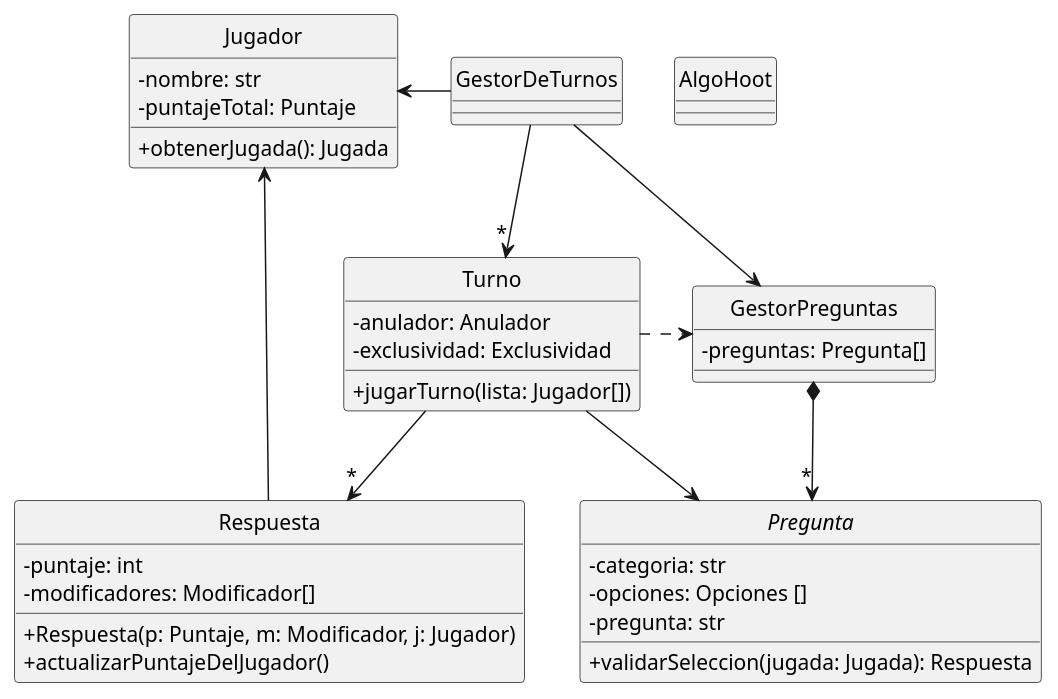
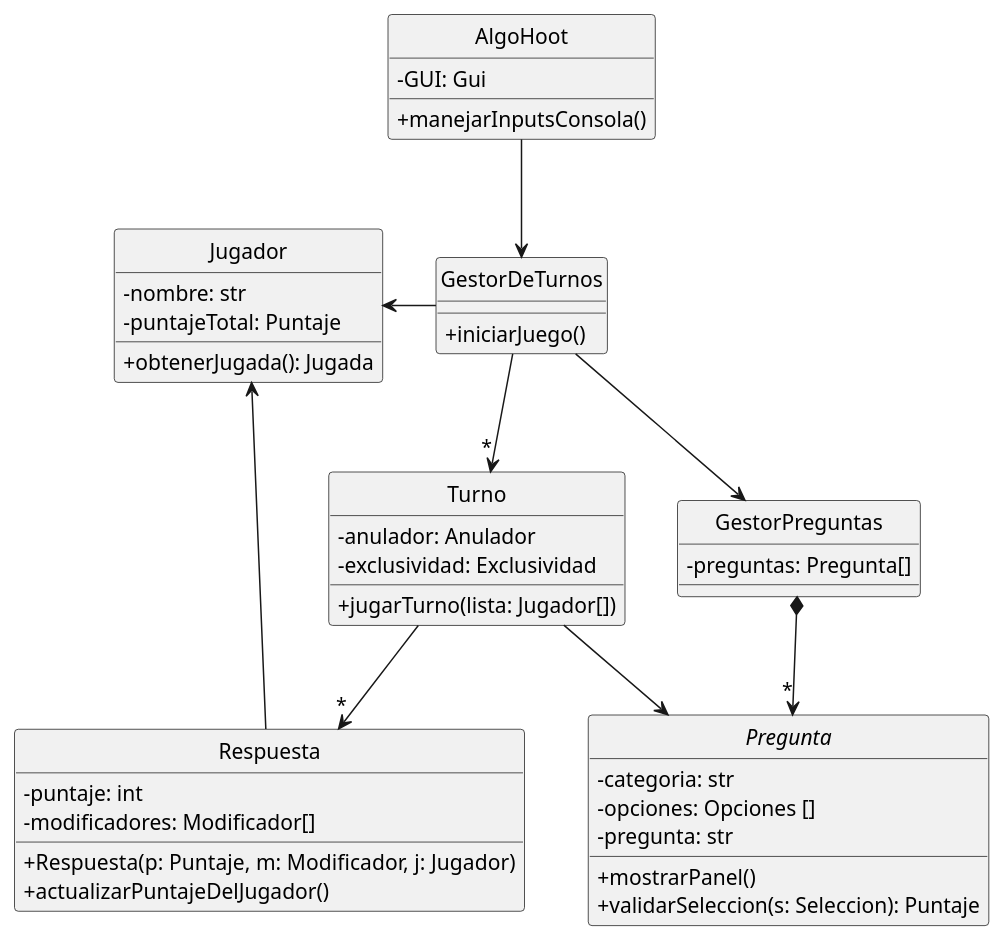
Before and after one commit to fiuba/algo3_proyecto_base_tp2: the diagram in diagrams/classes/clases2.plantuml, drawn with PlantUML. The commit also changed 5 other files, not shown here.

Commit message:
mejores nombres para diagramas

```diff
--- a/diagrams/classes/clases2.plantuml
+++ b/diagrams/classes/clases2.plantuml
@@ -1,51 +1,57 @@
-@startuml tentativo2
+@startuml clasesGenerales
 
 skinparam monochrome true
 hide circle
 skinparam classAttributeIconSize 0
 
 Abstract Pregunta {
     - categoria: str
     - opciones: Opciones []
     - pregunta: str
-    + validarSeleccion(jugada: Jugada): Respuesta
+    + mostrarPanel()
+    + validarSeleccion(s: Seleccion): Puntaje
+}
+
+class GestorDeTurnos {
+    + iniciarJuego()
 }
 
 class Turno {
     - anulador: Anulador
     - exclusividad: Exclusividad
     + jugarTurno(lista: Jugador[])
 }
 
 class GestorPreguntas {
     - preguntas: Pregunta[]
 }
 
 class Jugador {
     - nombre: str
     - puntajeTotal: Puntaje
     + obtenerJugada(): Jugada
 
 }
 
 class Respuesta {
     - puntaje: int
     - modificadores: Modificador[]
     + Respuesta(p: Puntaje, m: Modificador, j: Jugador)
     + actualizarPuntajeDelJugador()
 }
 
 class AlgoHoot {
-
+    - GUI: Gui
+    + manejarInputsConsola()
 }
 
 Jugador <- GestorDeTurnos
 GestorDeTurnos -down-> GestorPreguntas
 GestorDeTurnos -down-> "*" Turno
 GestorPreguntas *-->"*" Pregunta
 Turno --> Pregunta
-Turno .> GestorPreguntas
 Turno --> "*" Respuesta
 Respuesta --> Jugador
+AlgoHoot --> GestorDeTurnos
 
 @enduml
```
